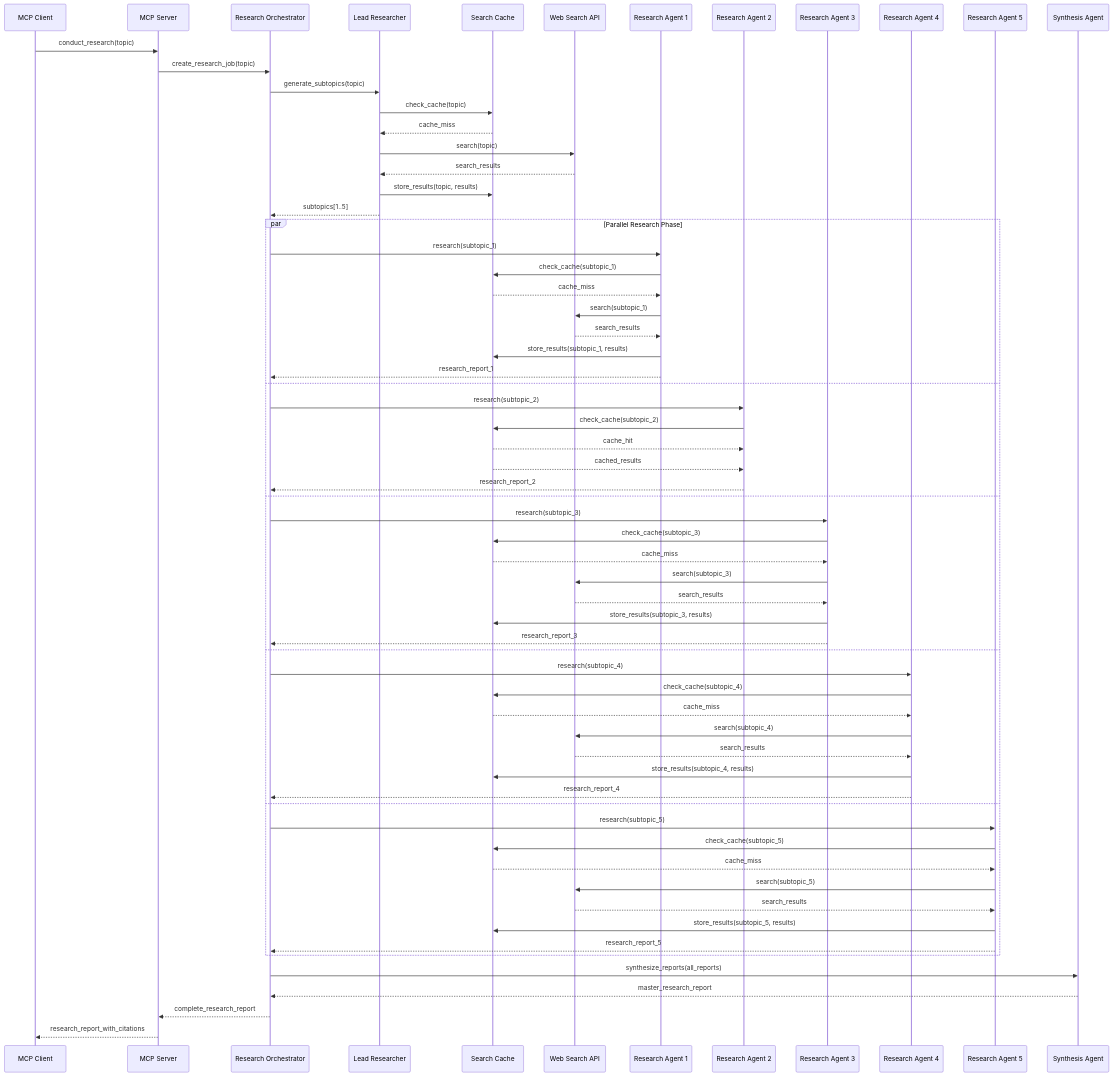
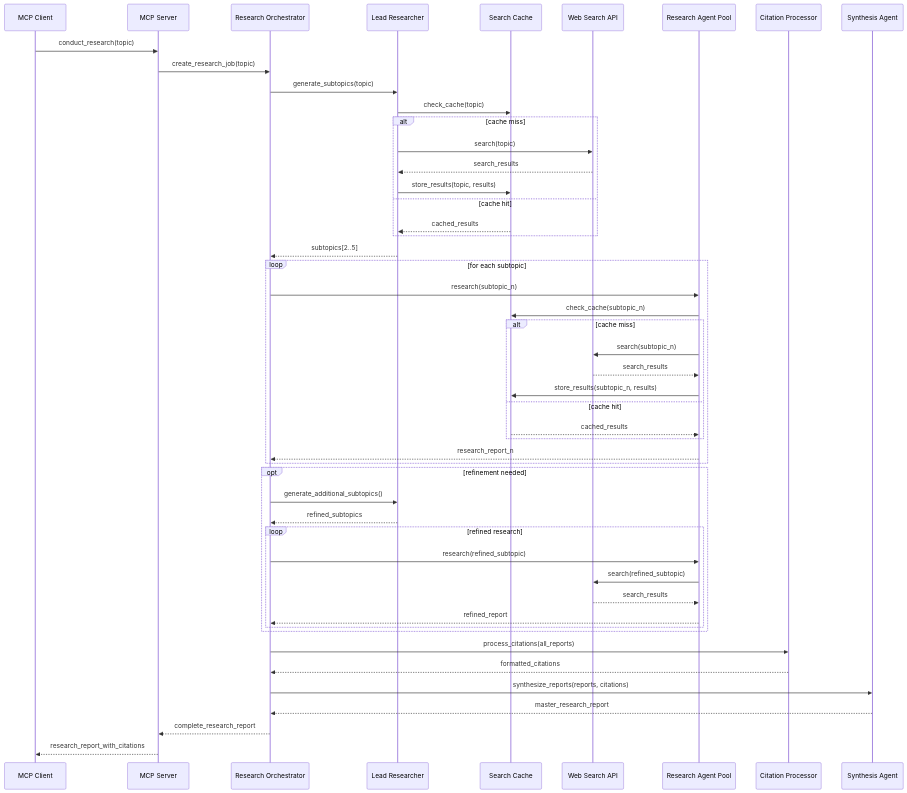
The diagram in README.md (karashiiro/research-mcp), drawn with Mermaid before and after one commit.

Commit message:
Simplify diagram, add citation agent

````diff
--- a/README.md
+++ b/README.md
@@ -88,72 +88,59 @@
 ```mermaid
 sequenceDiagram
     participant Client as MCP Client
     participant Server as MCP Server
     participant Orchestrator as Research Orchestrator
     participant Lead as Lead Researcher
     participant Cache as Search Cache
     participant Web as Web Search API
-    participant Agent1 as Research Agent 1
-    participant Agent2 as Research Agent 2
-    participant Agent3 as Research Agent 3
-    participant Agent4 as Research Agent 4
-    participant Agent5 as Research Agent 5
+    participant Pool as Research Agent Pool
+    participant Citations as Citation Processor
     participant Synthesis as Synthesis Agent
 
     Client->>Server: conduct_research(topic)
     Server->>Orchestrator: create_research_job(topic)
     
     Orchestrator->>Lead: generate_subtopics(topic)
     Lead->>Cache: check_cache(topic)
-    Cache-->>Lead: cache_miss
-    Lead->>Web: search(topic)
-    Web-->>Lead: search_results
-    Lead->>Cache: store_results(topic, results)
-    Lead-->>Orchestrator: subtopics[1..5]
+    alt cache miss
+        Lead->>Web: search(topic)
+        Web-->>Lead: search_results
+        Lead->>Cache: store_results(topic, results)
+    else cache hit
+        Cache-->>Lead: cached_results
+    end
+    Lead-->>Orchestrator: subtopics[2..5]
     
-    par Parallel Research Phase
-        Orchestrator->>Agent1: research(subtopic_1)
-        Agent1->>Cache: check_cache(subtopic_1)
-        Cache-->>Agent1: cache_miss
-        Agent1->>Web: search(subtopic_1)
-        Web-->>Agent1: search_results
-        Agent1->>Cache: store_results(subtopic_1, results)
-        Agent1-->>Orchestrator: research_report_1
-    and
-        Orchestrator->>Agent2: research(subtopic_2)
-        Agent2->>Cache: check_cache(subtopic_2)
-        Cache-->>Agent2: cache_hit
-        Cache-->>Agent2: cached_results
-        Agent2-->>Orchestrator: research_report_2
-    and
-        Orchestrator->>Agent3: research(subtopic_3)
-        Agent3->>Cache: check_cache(subtopic_3)
-        Cache-->>Agent3: cache_miss
-        Agent3->>Web: search(subtopic_3)
-        Web-->>Agent3: search_results
-        Agent3->>Cache: store_results(subtopic_3, results)
-        Agent3-->>Orchestrator: research_report_3
-    and
-        Orchestrator->>Agent4: research(subtopic_4)
-        Agent4->>Cache: check_cache(subtopic_4)
-        Cache-->>Agent4: cache_miss
-        Agent4->>Web: search(subtopic_4)
-        Web-->>Agent4: search_results
-        Agent4->>Cache: store_results(subtopic_4, results)
-        Agent4-->>Orchestrator: research_report_4
-    and
-        Orchestrator->>Agent5: research(subtopic_5)
-        Agent5->>Cache: check_cache(subtopic_5)
-        Cache-->>Agent5: cache_miss
-        Agent5->>Web: search(subtopic_5)
-        Web-->>Agent5: search_results
-        Agent5->>Cache: store_results(subtopic_5, results)
-        Agent5-->>Orchestrator: research_report_5
+    loop for each subtopic
+        Orchestrator->>Pool: research(subtopic_n)
+        Pool->>Cache: check_cache(subtopic_n)
+        alt cache miss
+            Pool->>Web: search(subtopic_n)
+            Web-->>Pool: search_results
+            Pool->>Cache: store_results(subtopic_n, results)
+        else cache hit
+            Cache-->>Pool: cached_results
+        end
+        Pool-->>Orchestrator: research_report_n
     end
     
-    Orchestrator->>Synthesis: synthesize_reports(all_reports)
+    opt refinement needed
+        Orchestrator->>Lead: generate_additional_subtopics()
+        Lead-->>Orchestrator: refined_subtopics
+        loop refined research
+            Orchestrator->>Pool: research(refined_subtopic)
+            Pool->>Web: search(refined_subtopic)
+            Web-->>Pool: search_results
+            Pool-->>Orchestrator: refined_report
+        end
+    end
+    
+    Orchestrator->>Citations: process_citations(all_reports)
+    Citations-->>Orchestrator: formatted_citations
+    
+    Orchestrator->>Synthesis: synthesize_reports(reports, citations)
     Synthesis-->>Orchestrator: master_research_report
     
     Orchestrator-->>Server: complete_research_report
     Server-->>Client: research_report_with_citations
 ```
````
